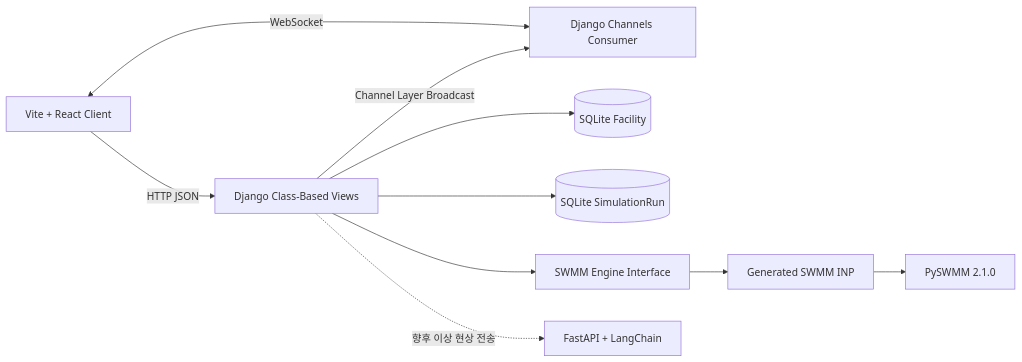
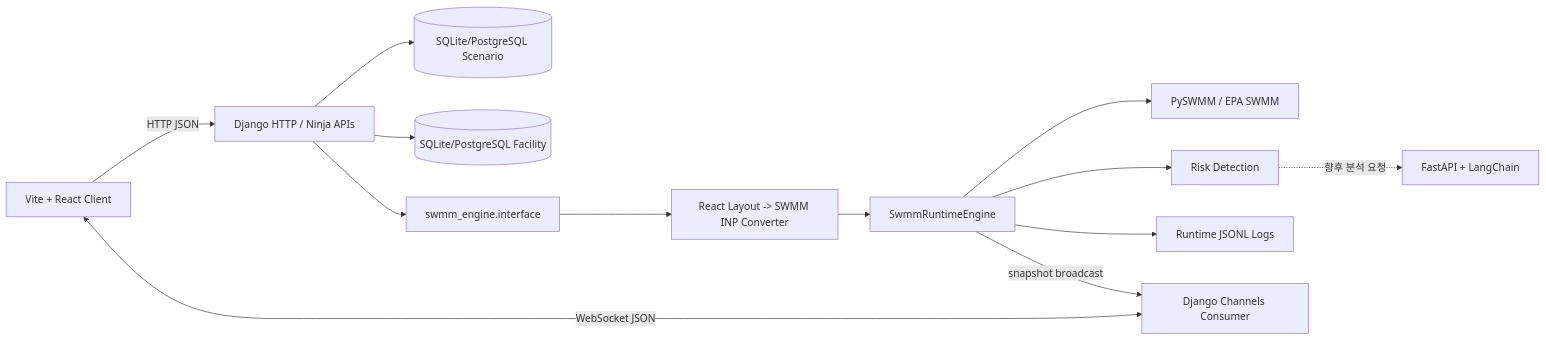
Before and after one commit to SuperMario-Flood-Monitoring/SuperMario_Django: the diagram in backend/docs/architecture.md, drawn with Mermaid. The commit also changed other lines of this file and 7953 other files, not shown here.

````diff
--- a/backend/docs/architecture.md
+++ b/backend/docs/architecture.md
@@ -13,22 +21,28 @@
 ```mermaid
 flowchart LR
     Client[Vite + React Client]
-    API[Django Class-Based Views]
+    HTTP[Django HTTP / Ninja APIs]
     WS[Django Channels Consumer]
-    FacilityDB[(SQLite Facility)]
-    RunDB[(SQLite SimulationRun)]
-    Engine[SWMM Engine Interface]
-    PySWMM[PySWMM 2.1.0]
-    INP[Generated SWMM INP]
-    LangChain[FastAPI + LangChain]
+    ScenarioDB[(SQLite/PostgreSQL Scenario)]
+    FacilityDB[(SQLite/PostgreSQL Facility)]
+    Interface[swmm_engine.interface]
+    Converter[React Layout -> SWMM INP Converter]
+    Runtime[SwmmRuntimeEngine]
+    PySWMM[PySWMM / EPA SWMM]
+    Risk[Risk Detection]
+    Logs[Runtime JSONL Logs]
+    LLM[FastAPI + LangChain]
 
-    Client -->|HTTP JSON| API
-    Client <-->|WebSocket| WS
-    API --> FacilityDB
-    API --> Engine
-    Engine --> INP
-    INP --> PySWMM
-    API --> RunDB
-    API -->|Channel Layer Broadcast| WS
-    API -.->|향후 이상 현상 전송| LangChain
+    Client -->|HTTP JSON| HTTP
+    Client <-->|WebSocket JSON| WS
+    HTTP --> ScenarioDB
+    HTTP --> FacilityDB
+    HTTP --> Interface
+    Interface --> Converter
+    Converter --> Runtime
+    Runtime --> PySWMM
+    Runtime --> Risk
+    Runtime --> Logs
+    Runtime -->|snapshot broadcast| WS
+    Risk -.->|향후 분석 요청| LLM
 ```
````
